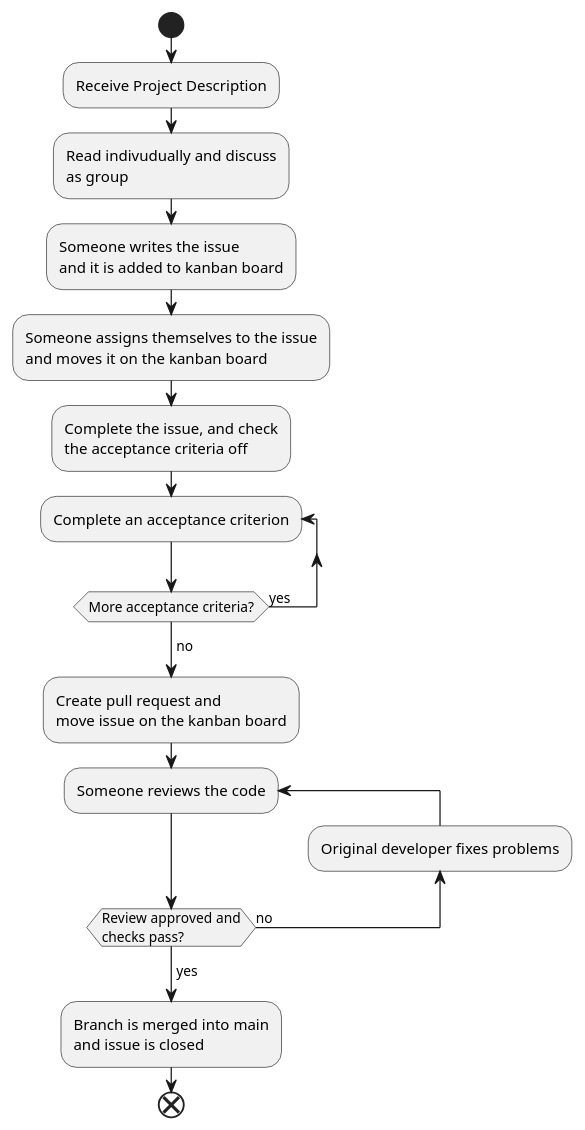
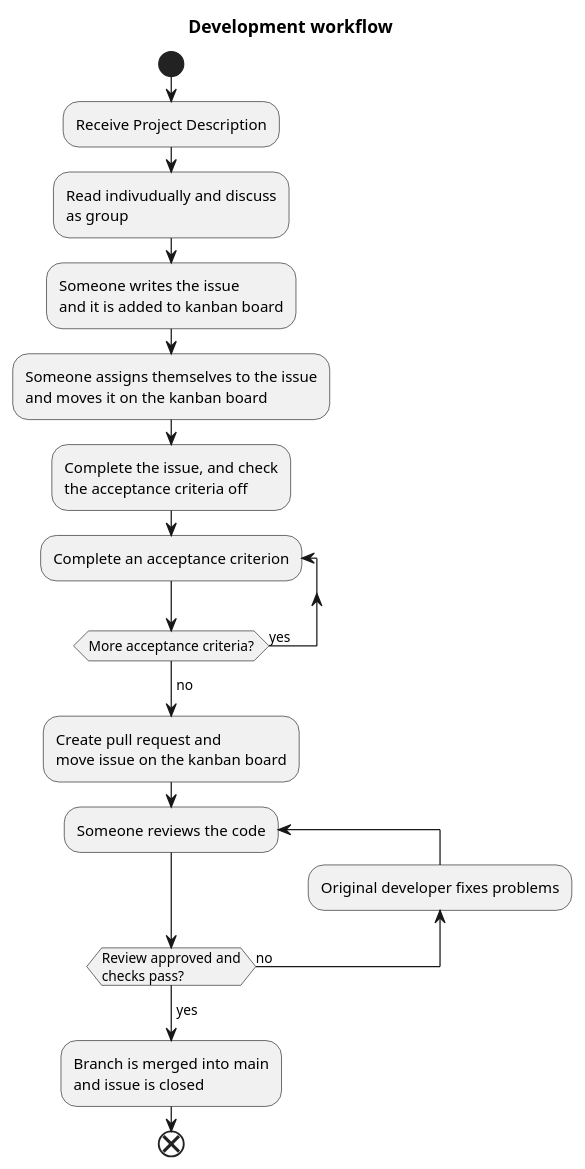
One commit to ITU-BDSA2024-GROUP14/Chirp changed diagram 14 of 14 in docs/report.md. Above: the diagram before and after it, drawn with PlantUML. The commit also changed other lines of this file, not shown here.

Commit message:
Add plantuml titles

````diff
--- a/docs/report.md
+++ b/docs/report.md
@@ -459,33 +479,36 @@
 ```plantuml
 start
+
+title Development workflow
+
 :Receive Project Description;
 
 :Read indivudually and discuss
 as group;
 
 :Someone writes the issue
 and it is added to kanban board;
 
 :Someone assigns themselves to the issue
 and moves it on the kanban board;
 
 :Complete the issue, and check
 the acceptance criteria off;
 
 repeat :Complete an acceptance criterion;
 repeat while (More acceptance criteria?) is (yes)
 ->no;
 
 :Create pull request and
 move issue on the kanban board;
 
 repeat :Someone reviews the code;
 backward:Original developer fixes problems;
 repeat while (Review approved and
 checks pass?) is (no)
 ->yes;
 
 :Branch is merged into main
 and issue is closed;
 end
 ```
````
